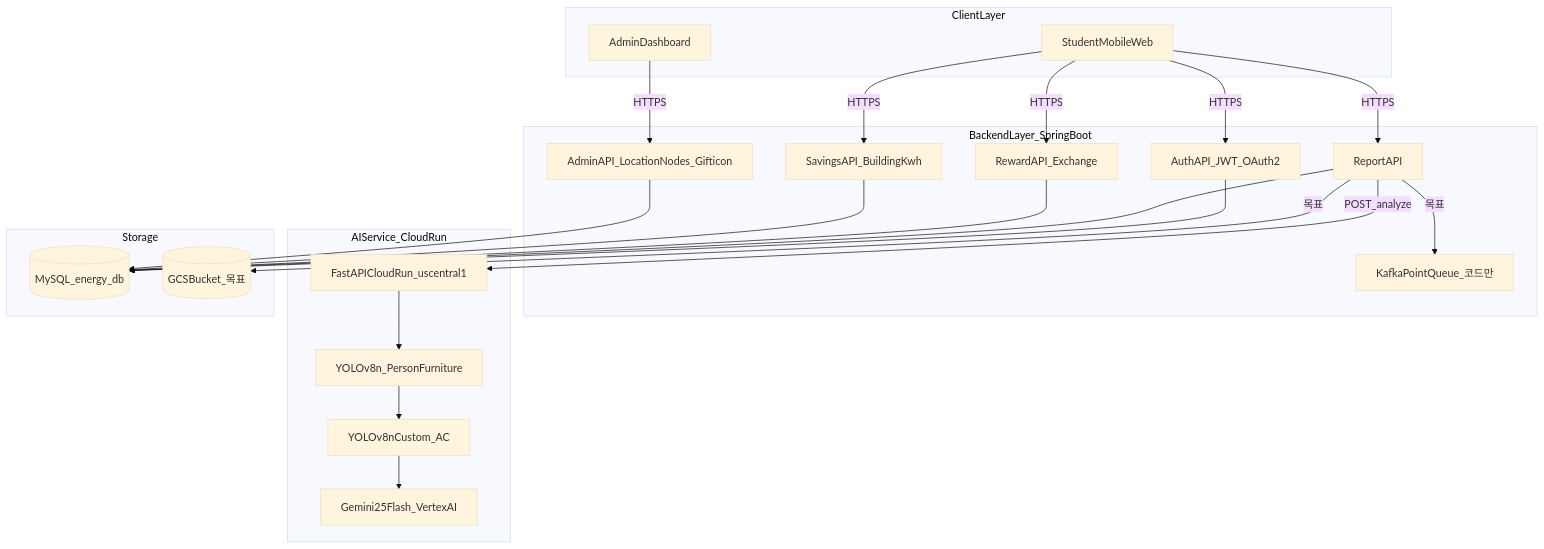
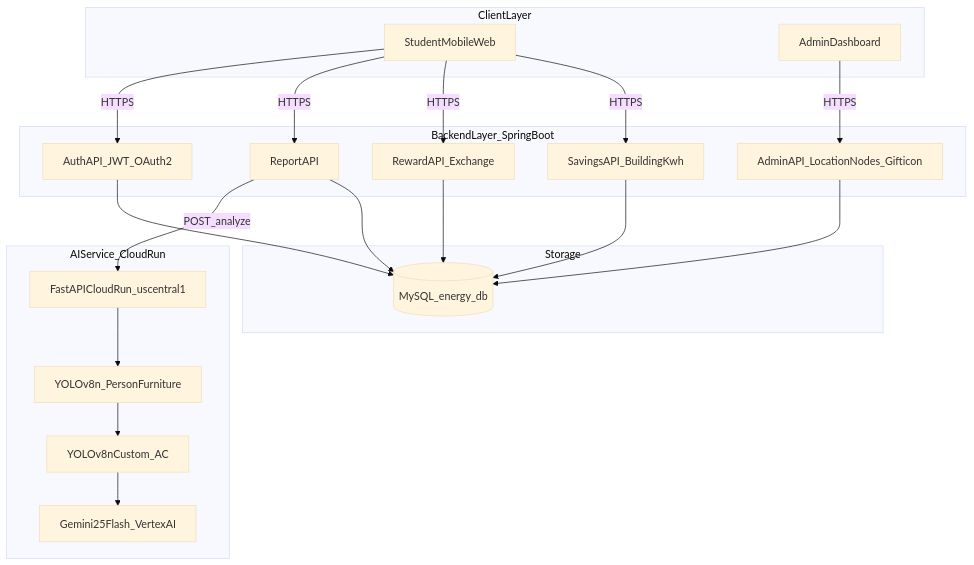
The first of 4 diagrams in docs/최종 제안서/6_시스템구조.md (ravenkim/sundry_study), drawn with Mermaid (base theme) before and after one commit. The commit also changed other lines of this file and 10 other files, not shown here.

````diff
--- a/docs/최종 제안서/6_시스템구조.md
+++ b/docs/최종 제안서/6_시스템구조.md
@@ -7,43 +7,39 @@
 ```mermaid
 flowchart TB
   subgraph client [ClientLayer]
     StudentApp[StudentMobileWeb]
     AdminDash[AdminDashboard]
   end
 
   subgraph backend [BackendLayer_SpringBoot]
     AuthAPI[AuthAPI_JWT_OAuth2]
     ReportAPI[ReportAPI]
     AdminAPI[AdminAPI_LocationNodes_Gifticon]
     RewardAPI[RewardAPI_Exchange]
     SavingsAPI[SavingsAPI_BuildingKwh]
-    Kafka[KafkaPointQueue_코드만]
   end
 
   subgraph ai [AIService_CloudRun]
     FastAPI[FastAPICloudRun_uscentral1]
     YOLO1[YOLOv8n_PersonFurniture]
     YOLO2[YOLOv8nCustom_AC]
     Gemini[Gemini25Flash_VertexAI]
   end
 
   subgraph storage [Storage]
     MySQL[(MySQL_energy_db)]
-    GCS[(GCSBucket_목표)]
   end
 
   StudentApp -->|HTTPS| AuthAPI
   StudentApp -->|HTTPS| ReportAPI
   StudentApp -->|HTTPS| RewardAPI
   StudentApp -->|HTTPS| SavingsAPI
   AdminDash -->|HTTPS| AdminAPI
   ReportAPI -->|POST_analyze| FastAPI
   FastAPI --> YOLO1 --> YOLO2 --> Gemini
   AuthAPI --> MySQL
   ReportAPI --> MySQL
   RewardAPI --> MySQL
   SavingsAPI --> MySQL
   AdminAPI --> MySQL
-  ReportAPI -->|목표| GCS
-  ReportAPI -->|목표| Kafka
 ```
````
